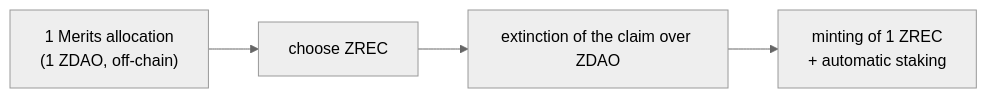
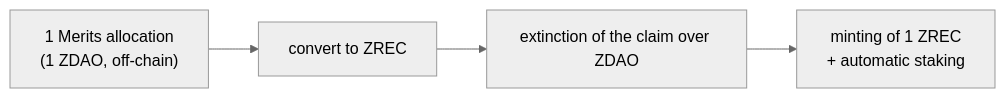
One commit to blockvault-ai/zero-energy changed the first of 2 diagrams in docs/tokenomics/02-zero-rec.md. Above: the diagram before and after it, drawn with Mermaid (neutral theme). The commit also changed other lines of this file and 3 other files, not shown here.

````diff
--- a/docs/tokenomics/02-zero-rec.md
+++ b/docs/tokenomics/02-zero-rec.md
@@ -51,6 +51,6 @@
 ```mermaid
 flowchart LR
-    A["1 Merits allocation<br/>(1 ZDAO, off-chain)"] --> B["choose ZREC"]
+    A["1 Merits allocation<br/>(1 ZDAO, off-chain)"] --> B["convert to ZREC"]
     B --> C[extinction of the claim over ZDAO]
     C --> D["minting of 1 ZREC<br/>+ automatic staking"]
 ```
````
